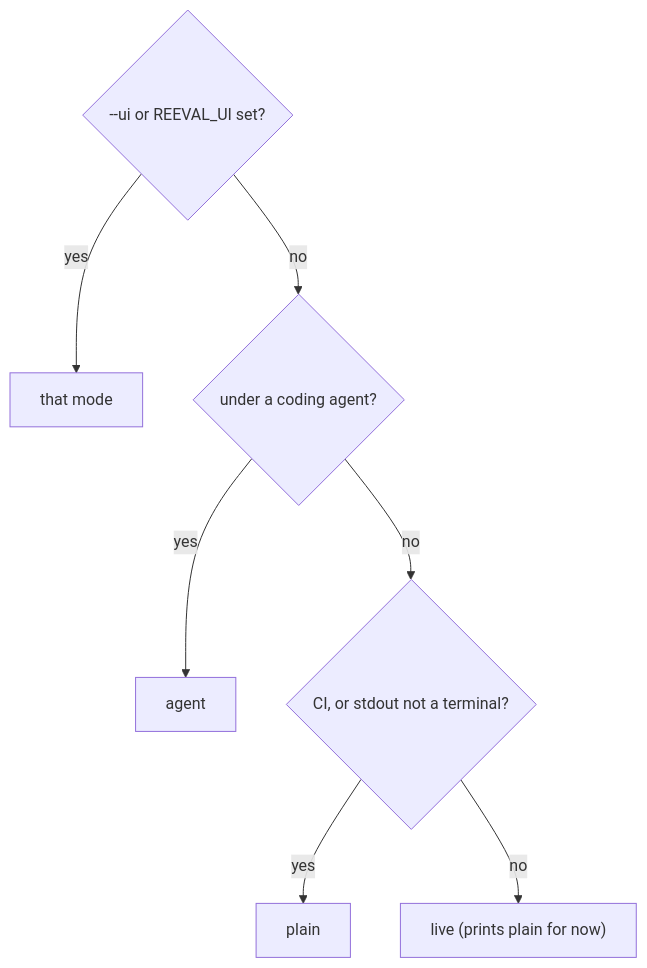
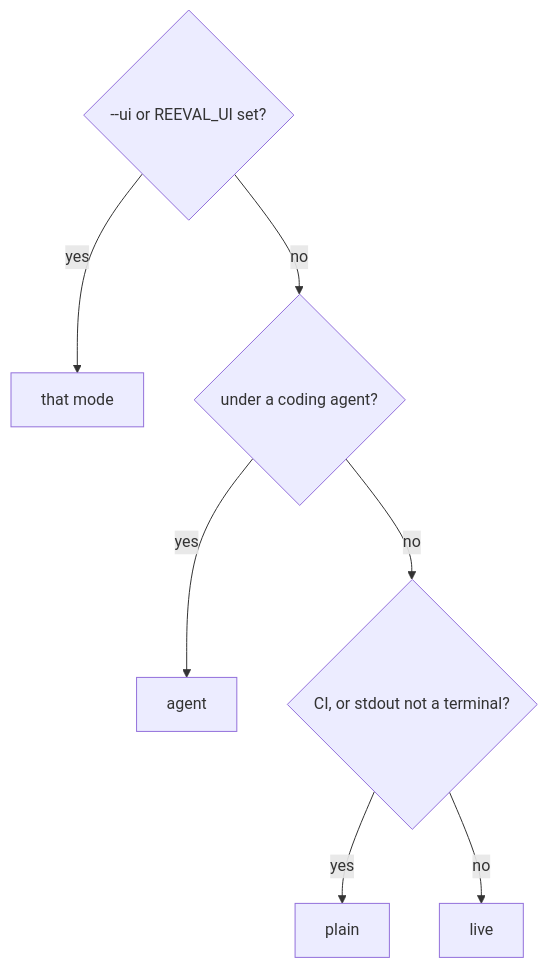
The diagram in docs/concepts/output.mdx (invertase/reeval), drawn with Mermaid before and after one commit. The commit also changed other lines of this file and 308 other files, not shown here.

````diff
--- a/docs/concepts/output.mdx
+++ b/docs/concepts/output.mdx
@@ -15,9 +15,9 @@
 ```mermaid
 flowchart TD
   A{"--ui or REEVAL_UI set?"} -- yes --> U[that mode]
   A -- no --> B{"under a coding agent?"}
   B -- yes --> AG[agent]
   B -- no --> C{"CI, or stdout not a terminal?"}
   C -- yes --> P[plain]
-  C -- no --> L["live (prints plain for now)"]
+  C -- no --> L[live]
 ```
````
